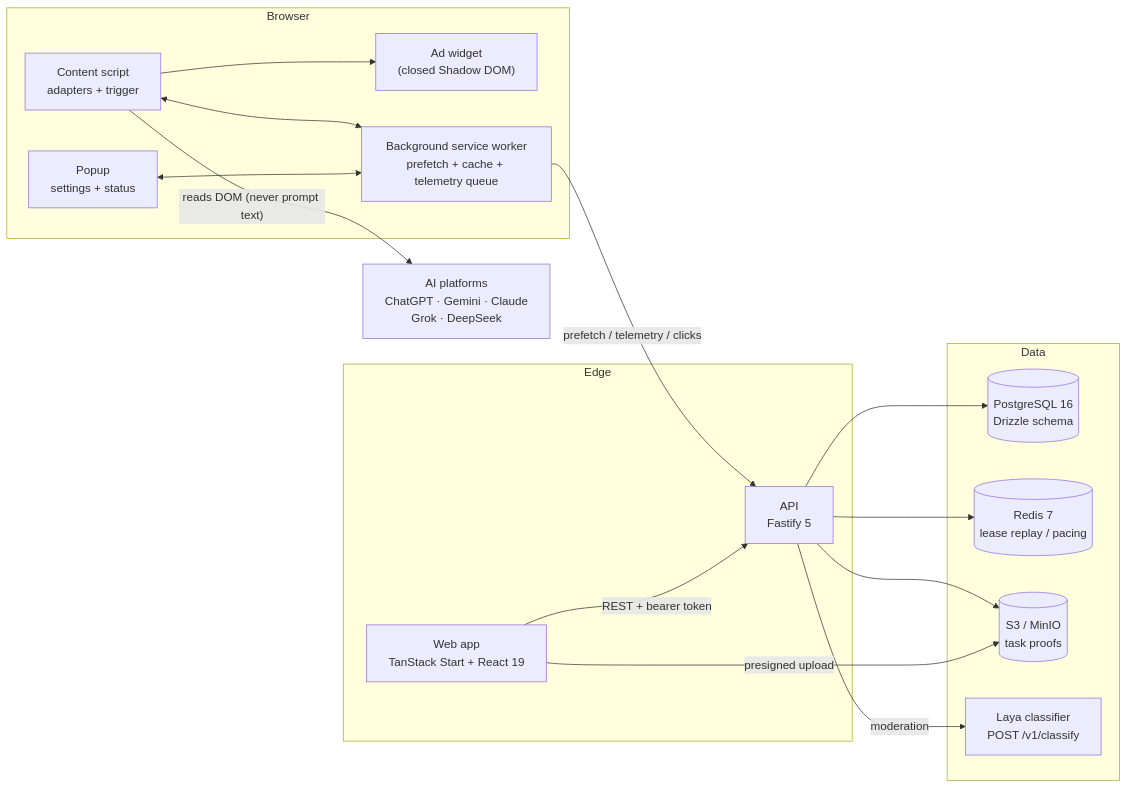
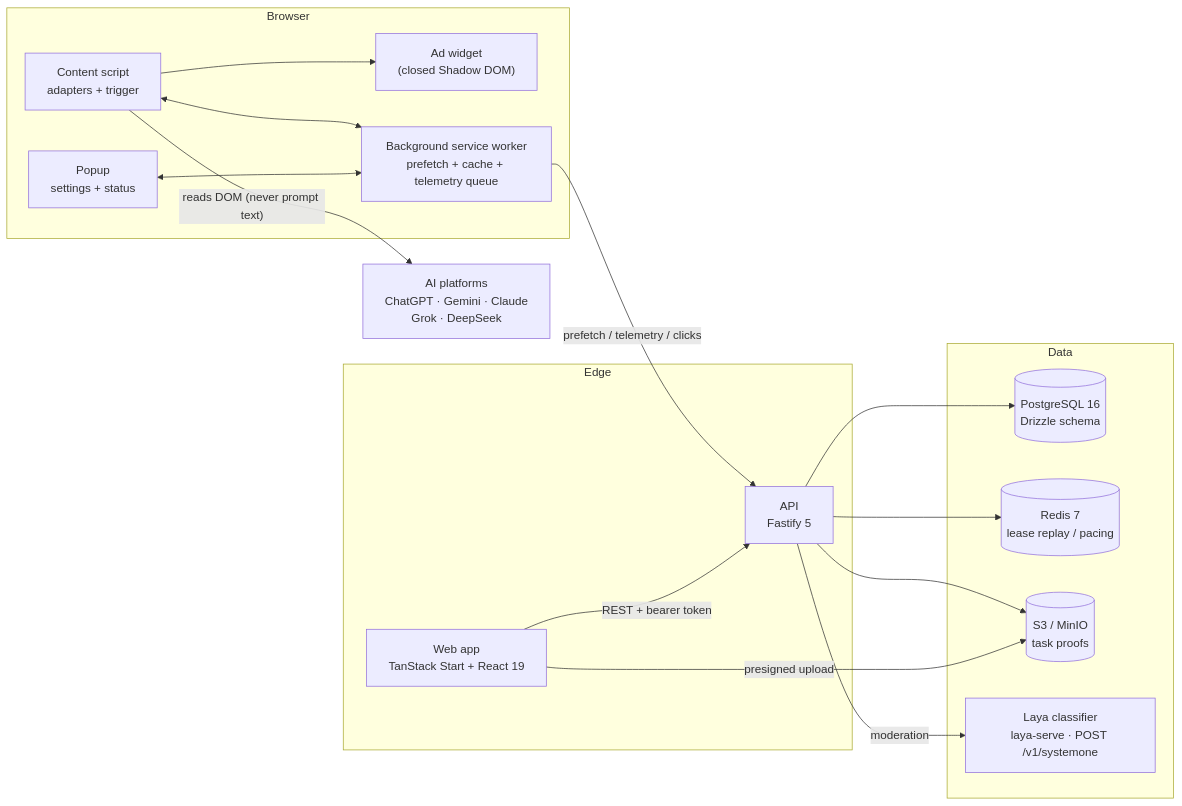
The first of 6 diagrams in ARCHITECTURE.md (BurningFlamesss/meantime), drawn with Mermaid before and after one commit. The commit also changed other lines of this file and 10 other files, not shown here.

First line of the commit message:
Refactor moderation system to integrate Laya classifier

````diff
--- a/ARCHITECTURE.md
+++ b/ARCHITECTURE.md
@@ -14,35 +14,35 @@
 ```mermaid
 flowchart LR
   subgraph Browser
     CS["Content script<br/>adapters + trigger"]
     W["Ad widget<br/>(closed Shadow DOM)"]
     BG["Background service worker<br/>prefetch + cache + telemetry queue"]
     POP["Popup<br/>settings + status"]
     CS --> W
     CS <--> BG
     POP <--> BG
   end
 
   subgraph Edge
     WEB["Web app<br/>TanStack Start + React 19"]
     API["API<br/>Fastify 5"]
   end
 
   subgraph Data
     PG[("PostgreSQL 16<br/>Drizzle schema")]
     RD[("Redis 7<br/>lease replay / pacing")]
     S3[("S3 / MinIO<br/>task proofs")]
-    LAYA["Laya classifier<br/>POST /v1/classify"]
+    LAYA["Laya classifier<br/>laya-serve · POST /v1/systemone"]
   end
 
   AI["AI platforms<br/>ChatGPT · Gemini · Claude<br/>Grok · DeepSeek"]
 
   BG -- "prefetch / telemetry / clicks" --> API
   CS -- "reads DOM (never prompt text)" --> AI
   WEB -- "REST + bearer token" --> API
   API --> PG
   API --> RD
   API --> S3
   API -- "moderation" --> LAYA
   WEB -- "presigned upload" --> S3
 ```
````
